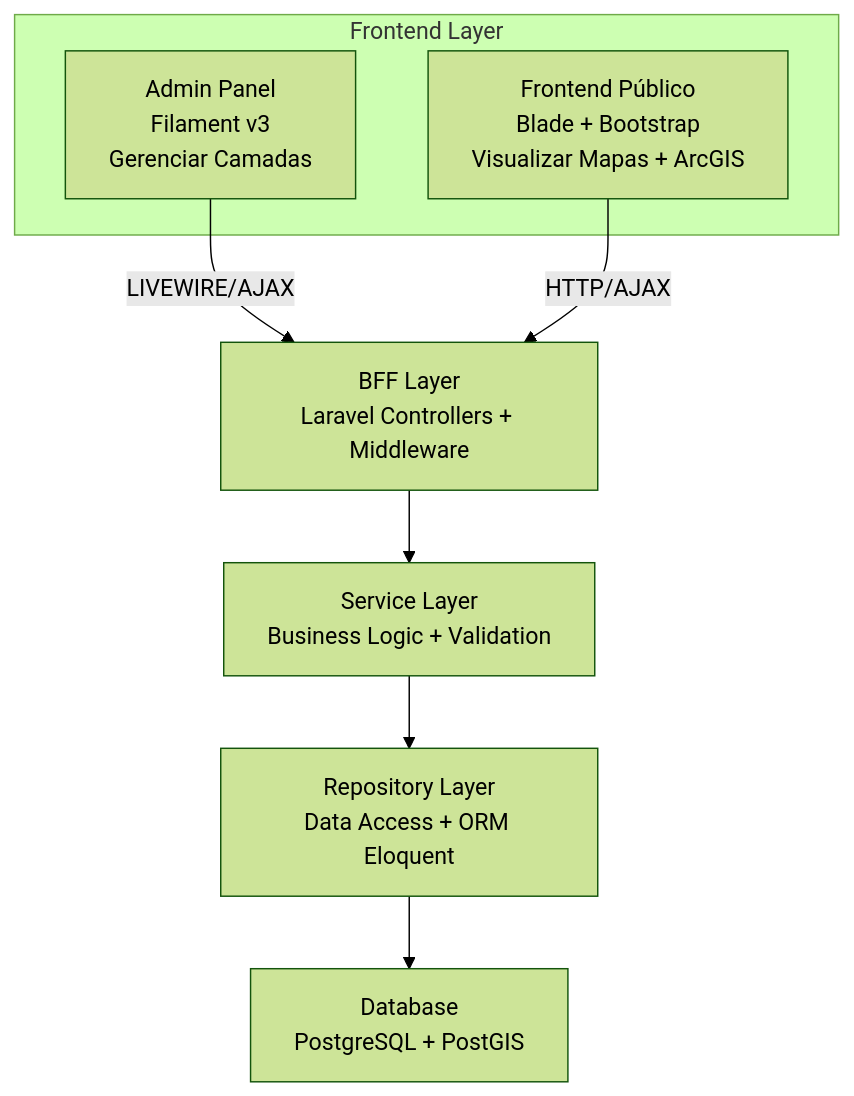
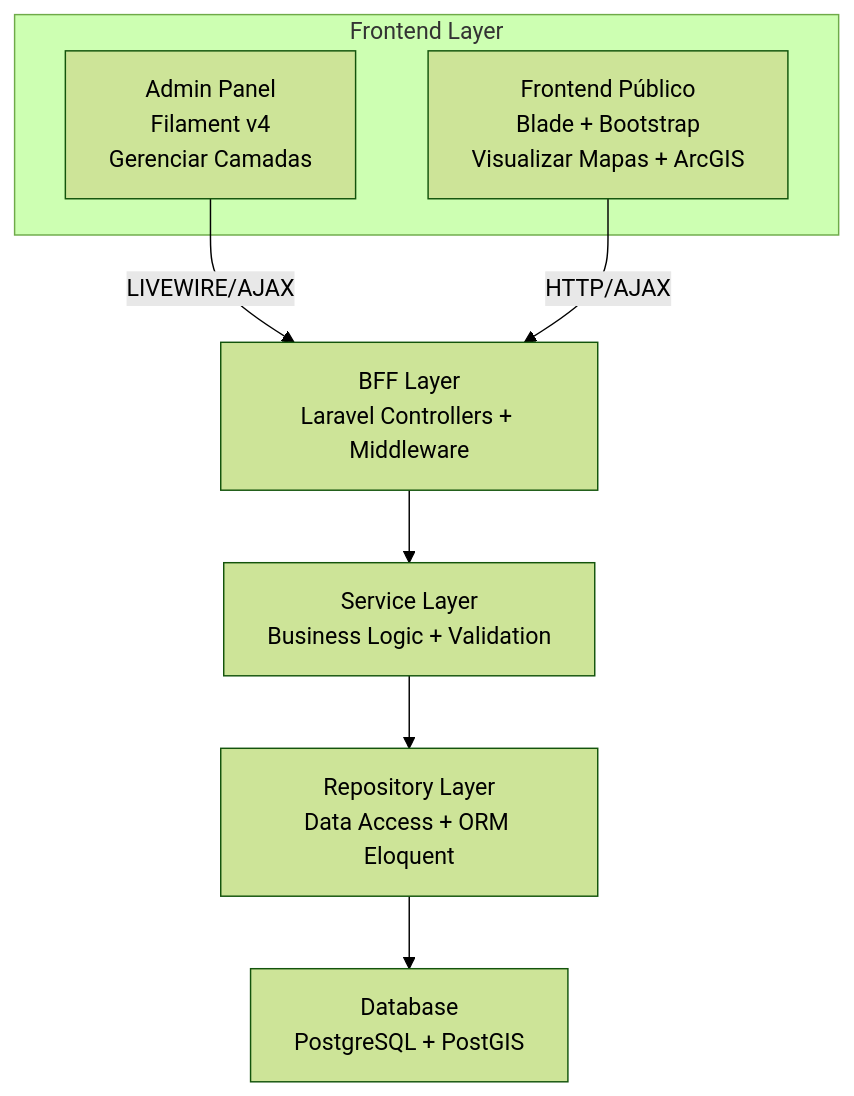
Before and after one commit to viniciusGTeixeira/ACTO_Vinicius: the diagram in docs/TRD.md, drawn with Mermaid. The commit also changed other lines of this file and 81 other files, not shown here.

````diff
--- a/docs/TRD.md
+++ b/docs/TRD.md
@@ -12,19 +12,19 @@
 ```mermaid
 %%{init: {'theme':'forest'}}%%
 flowchart TD
     subgraph frontend["Frontend Layer"]
-        A1[Admin Panel<br/>Filament v3<br/>Gerenciar Camadas]
+        A1[Admin Panel<br/>Filament v4<br/>Gerenciar Camadas]
         A2[Frontend Público<br/>Blade + Bootstrap<br/>Visualizar Mapas + ArcGIS]
     end
     
     B[BFF Layer<br/>Laravel Controllers + Middleware]
     C[Service Layer<br/>Business Logic + Validation]
     D[Repository Layer<br/>Data Access + ORM Eloquent]
     E[Database<br/>PostgreSQL + PostGIS]
     
     A1 -->|LIVEWIRE/AJAX| B
     A2 -->|HTTP/AJAX| B
     B --> C
     C --> D
     D --> E
 ```
````
